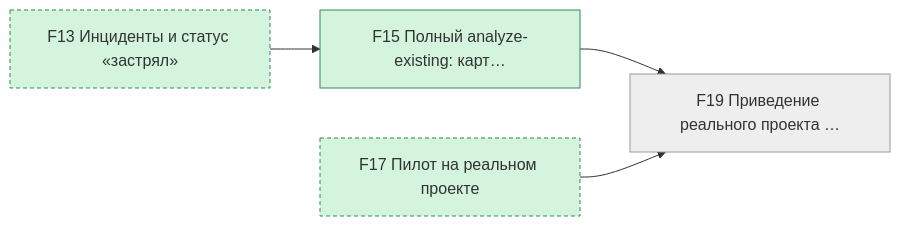
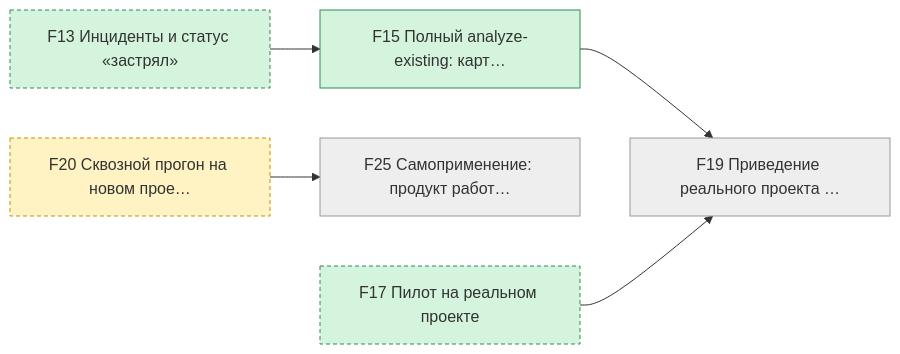
Before and after one commit to pete-doc/project-architect: the fourth of 6 diagrams in state/STATUS.md, drawn with Mermaid. The commit also changed other lines of this file and 2 other files, not shown here.

````diff
--- a/state/STATUS.md
+++ b/state/STATUS.md
@@ -137,18 +141,22 @@
 ```mermaid
 graph LR
   F15["F15 Полный analyze-existing: карт…"]
   F19["F19 Приведение реального проекта …"]
+  F25["F25 Самоприменение: продукт работ…"]
   F13["F13 Инциденты и статус «застрял»"]
   F17["F17 Пилот на реальном проекте"]
+  F20["F20 Сквозной прогон на новом прое…"]
   F13 --> F15
   F15 --> F19
   F17 --> F19
+  F20 --> F25
   classDef done fill:#d4f4dd,stroke:#2e8b57
   classDef work fill:#fff3c4,stroke:#c79100
   classDef blocked fill:#ffd6d6,stroke:#c0392b
   classDef later fill:#eeeeee,stroke:#999999
   classDef outside stroke-dasharray: 4 3
   class F15,F13,F17 done
-  class F19 later
-  class F13,F17 outside
+  class F20 work
+  class F19,F25 later
+  class F13,F17,F20 outside
 ```
````
